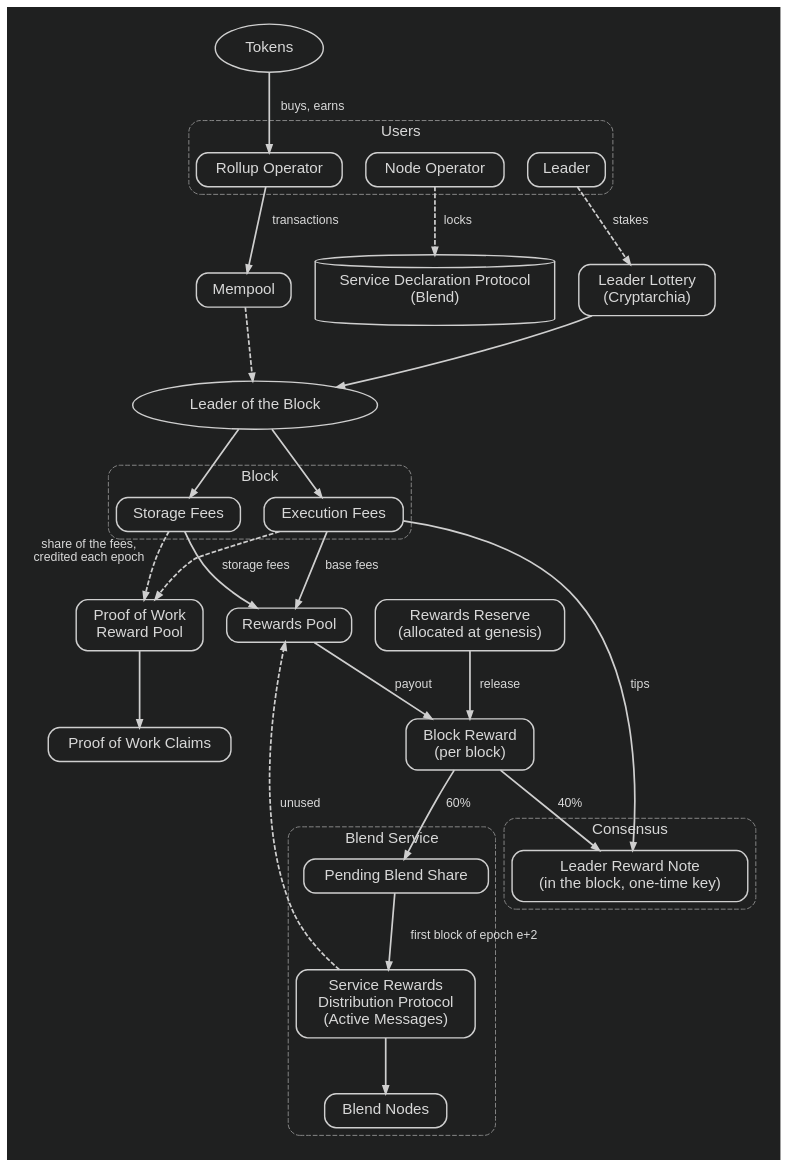
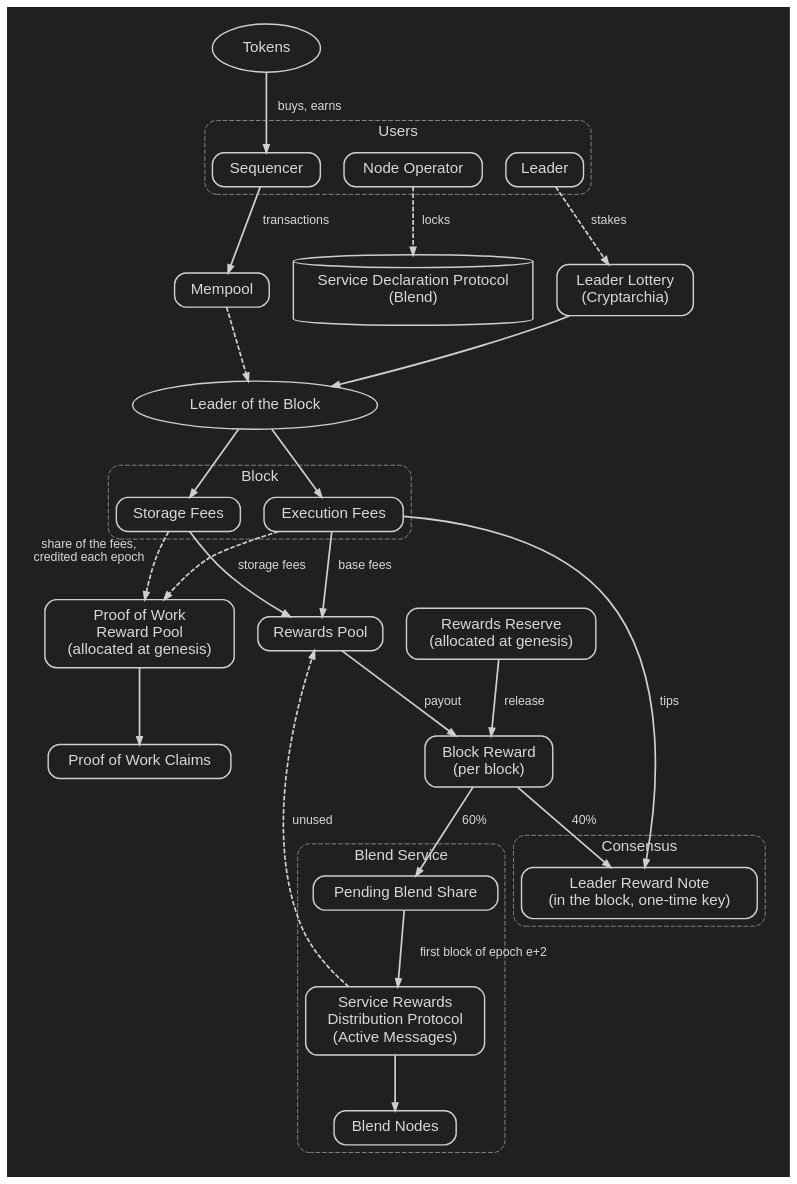
Before and after one commit to logos-co/logos-lips: the diagram in docs/blockchain/raw/overview-cryptoeconomics/assets/overview-cryptoeconomics.dot, drawn with Graphviz. The commit also changed 1 other file, not shown here.

Commit message:
docs(blockchain): the cryptoeconomics figure shows the sequencer and the proof of work reward pool allocated at genesis

```diff
--- a/docs/blockchain/raw/overview-cryptoeconomics/assets/overview-cryptoeconomics.dot
+++ b/docs/blockchain/raw/overview-cryptoeconomics/assets/overview-cryptoeconomics.dot
@@ -1,94 +1,94 @@
 /*
  * Cryptoeconomics overview: tokens, fees and rewards
  *
  * Render:
  *   dot -Tpng -Gdpi=160 overview-cryptoeconomics.dot -o bbe261aa-09df-827f-a6a9-8115aeb10f94.png
  */
 
 digraph overview_cryptoeconomics {
   rankdir = TB;
   bgcolor = "#1f2020";
   splines = true;
   nodesep = 0.35;
   ranksep = 0.80;
   pad     = 0.25;
 
   node [
     shape     = box,
     style     = "rounded,filled",
     fillcolor = "#1f2020",
     color     = "#cfcfcf",
     penwidth  = 1.5,
     fontname  = "Helvetica",
     fontsize  = 16,
     fontcolor = "#d8d8d8",
     margin    = "0.18,0.12"
   ];
 
   edge [color = "#cfcfcf", penwidth = 1.8, arrowsize = 0.8,
         fontname = "Helvetica", fontsize = 13, fontcolor = "#d8d8d8"];
 
   graph [fontname = "Helvetica", fontsize = 16, fontcolor = "#d8d8d8", color = "#8a8a8a", style = "rounded,dashed"];
 
   tokens   [label = "Tokens", shape = ellipse];
 
   subgraph cluster_users {
     label = "Users";
-    rollup   [label = "Rollup Operator"];
-    operator [label = "Node Operator"];
-    staker   [label = "Leader"];
+    sequencer [label = "Sequencer"];
+    operator  [label = "Node Operator"];
+    staker    [label = "Leader"];
   }
 
   sdp      [label = "Service Declaration Protocol\n(Blend)", shape = cylinder];
   lottery  [label = "Leader Lottery\n(Cryptarchia)"];
   mempool  [label = "Mempool"];
   leader   [label = "Leader of the Block", shape = ellipse];
 
   subgraph cluster_block {
     label = "Block";
     exec_fees    [label = "Execution Fees"];
     storage_fees [label = "Storage Fees"];
   }
 
-  pow_pool [label = "Proof of Work\nReward Pool"];
+  pow_pool [label = "Proof of Work\nReward Pool\n(allocated at genesis)"];
   miners   [label = "Proof of Work Claims"];
   pool     [label = "Rewards Pool"];
   reserve  [label = "Rewards Reserve\n(allocated at genesis)"];
   reward   [label = "Block Reward\n(per block)"];
 
   subgraph cluster_consensus {
     label = "Consensus";
     leader_note [label = "Leader Reward Note\n(in the block, one-time key)"];
   }
 
   subgraph cluster_blend {
     label = "Blend Service";
     pending [label = "Pending Blend Share"];
     srdp    [label = "Service Rewards\nDistribution Protocol\n(Active Messages)"];
     blend   [label = "Blend Nodes"];
     pending -> srdp [label = "  first block of epoch e+2  "];
     srdp -> blend;
   }
 
-  tokens   -> rollup   [label = "  buys, earns  "];
-  operator -> sdp      [label = "  locks  ", style = dashed];
-  staker   -> lottery  [label = "  stakes  ", style = dashed];
-  rollup   -> mempool  [label = "  transactions  "];
-  lottery  -> leader;
-  mempool  -> leader   [style = dashed];
+  tokens    -> sequencer [label = "  buys, earns  "];
+  operator  -> sdp       [label = "  locks  ", style = dashed];
+  staker    -> lottery   [label = "  stakes  ", style = dashed];
+  sequencer -> mempool   [label = "  transactions  "];
+  lottery   -> leader;
+  mempool   -> leader    [style = dashed];
   leader   -> exec_fees;
   leader   -> storage_fees;
 
   exec_fees    -> pool        [label = "  base fees  "];
   storage_fees -> pool        [label = "  storage fees  "];
   exec_fees    -> leader_note [label = "  tips  "];
   exec_fees    -> pow_pool    [style = dashed];
   storage_fees -> pow_pool    [xlabel = "share of the fees,\ncredited each epoch", style = dashed];
   pow_pool     -> miners;
 
   reserve -> reward [label = "  release  "];
   pool    -> reward [label = "  payout  "];
   reward  -> leader_note [label = "  40%  "];
   reward  -> pending     [label = "  60%  "];
   srdp    -> pool        [label = "  unused  ", style = dashed];
 }
```
